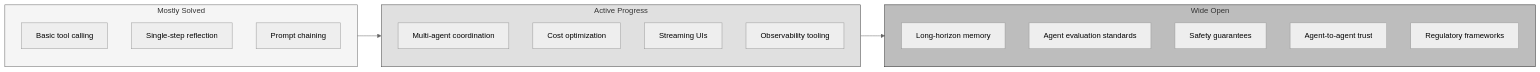
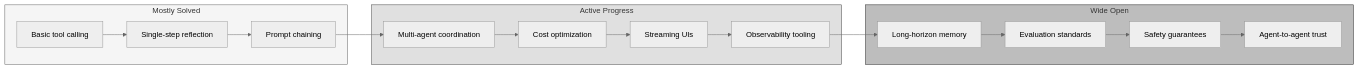
Diagram 13 of 13 in docs/posts/09-deep-challenges.md (Shekharrajak/agent-design-patterns), drawn with Mermaid (neutral theme) before and after one commit. The commit also changed other lines of this file and 7 other files, not shown here.

Commit message:
fix: resolve Mermaid rendering issues across all chapters

````diff
--- a/docs/posts/09-deep-challenges.md
+++ b/docs/posts/09-deep-challenges.md
@@ -320,29 +279,21 @@
 ```mermaid
 graph LR
     subgraph SOLVED["Mostly Solved"]
-        S1["Basic tool calling"]
-        S2["Single-step reflection"]
-        S3["Prompt chaining"]
+        S1["Basic tool calling"] --> S2["Single-step reflection"] --> S3["Prompt chaining"]
     end
 
     subgraph PROGRESS["Active Progress"]
-        P1["Multi-agent coordination"]
-        P2["Cost optimization"]
-        P3["Streaming UIs"]
-        P4["Observability tooling"]
+        P1["Multi-agent coordination"] --> P2["Cost optimization"] --> P3["Streaming UIs"] --> P4["Observability tooling"]
     end
 
     subgraph OPEN["Wide Open"]
-        O1["Long-horizon memory"]
-        O2["Agent evaluation standards"]
-        O3["Safety guarantees"]
-        O4["Agent-to-agent trust"]
-        O5["Regulatory frameworks"]
+        O1a["Long-horizon memory"] --> O2a["Evaluation standards"] --> O3a["Safety guarantees"] --> O4a["Agent-to-agent trust"]
     end
 
-    SOLVED --> PROGRESS --> OPEN
+    S3 --> P1
+    P4 --> O1a
 
     style SOLVED fill:#f5f5f5,stroke:#616161
     style PROGRESS fill:#e0e0e0,stroke:#424242
     style OPEN fill:#bdbdbd,stroke:#212121
 ```
````
